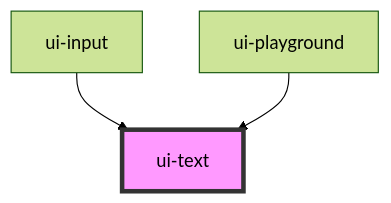
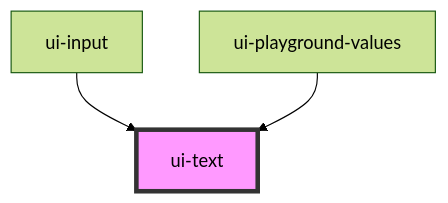
The diagram in src/components/ui-text/readme.md (shahzad1970/psycho-ui), drawn with Mermaid (forest theme) before and after one commit. The commit also changed other lines of this file and 285 other files, not shown here.

````diff
--- a/src/components/ui-text/readme.md
+++ b/src/components/ui-text/readme.md
@@ -25,6 +25,6 @@
 ```mermaid
 graph TD;
   ui-input --> ui-text
-  ui-playground --> ui-text
+  ui-playground-values --> ui-text
   style ui-text fill:#f9f,stroke:#333,stroke-width:4px
 ```
````
